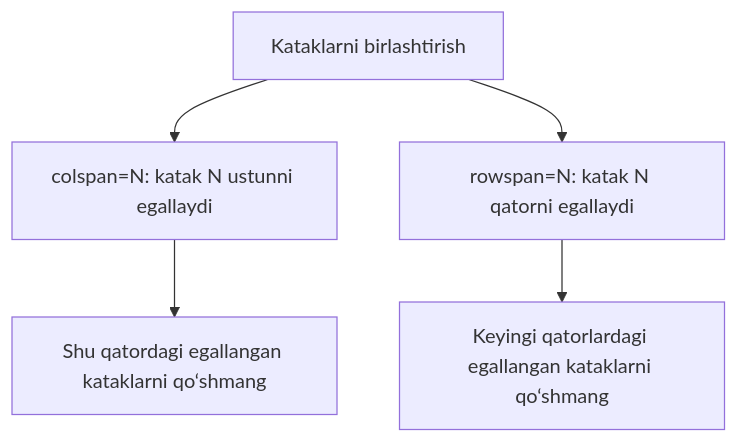
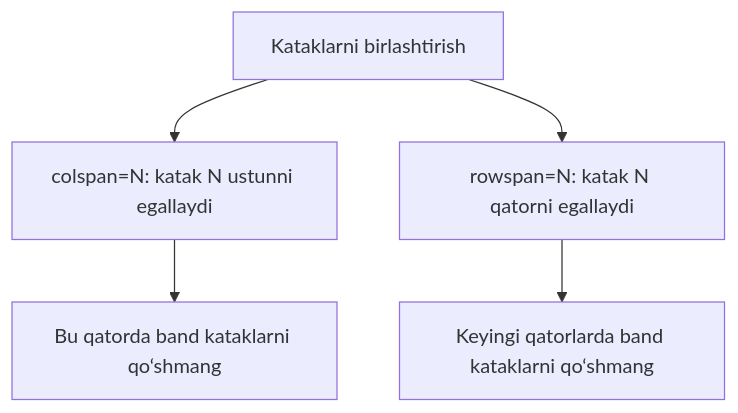
The second of 2 diagrams in HTML/Lesson-5/uz/Jadvallar.md (JLearn-space/JLearn-docs), drawn with Mermaid before and after one commit. The commit also changed other lines of this file and 148 other files, not shown here.

````diff
--- a/HTML/Lesson-5/uz/Jadvallar.md
+++ b/HTML/Lesson-5/uz/Jadvallar.md
@@ -289,7 +343,7 @@
 ```mermaid
 flowchart TD
     A["Kataklarni birlashtirish"] --> B["colspan=N: katak N ustunni egallaydi"]
     A --> C["rowspan=N: katak N qatorni egallaydi"]
-    B --> D["Shu qatordagi egallangan kataklarni qo‘shmang"]
-    C --> E["Keyingi qatorlardagi egallangan kataklarni qo‘shmang"]
+    B --> D["Bu qatorda band kataklarni qo‘shmang"]
+    C --> E["Keyingi qatorlarda band kataklarni qo‘shmang"]
 ```
````
